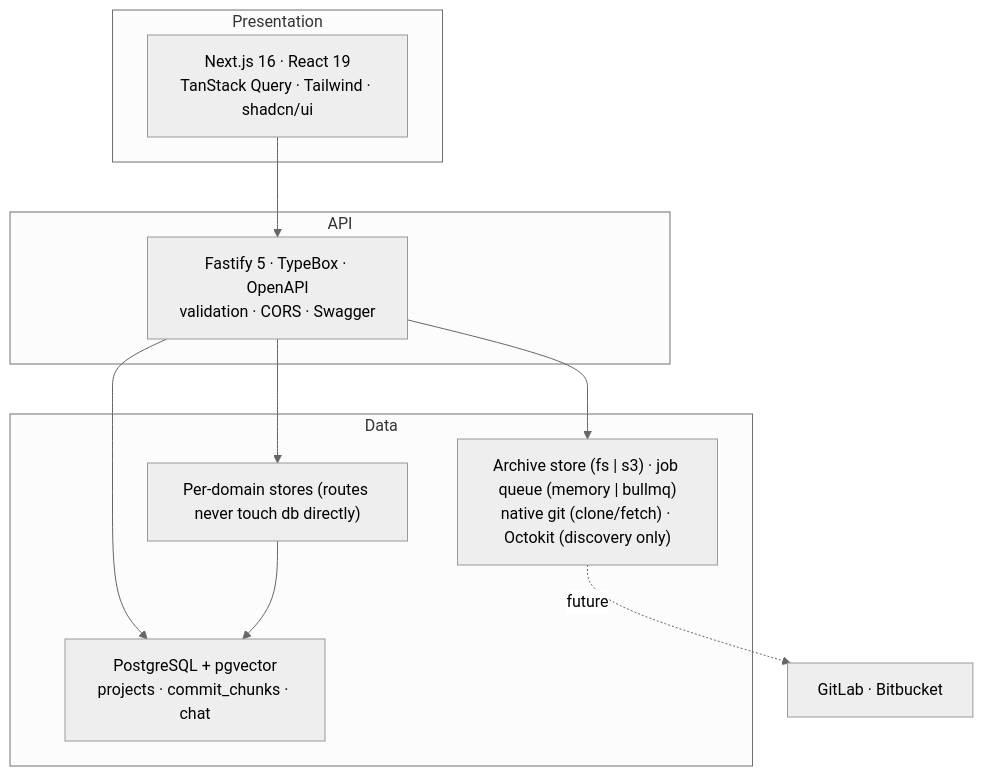
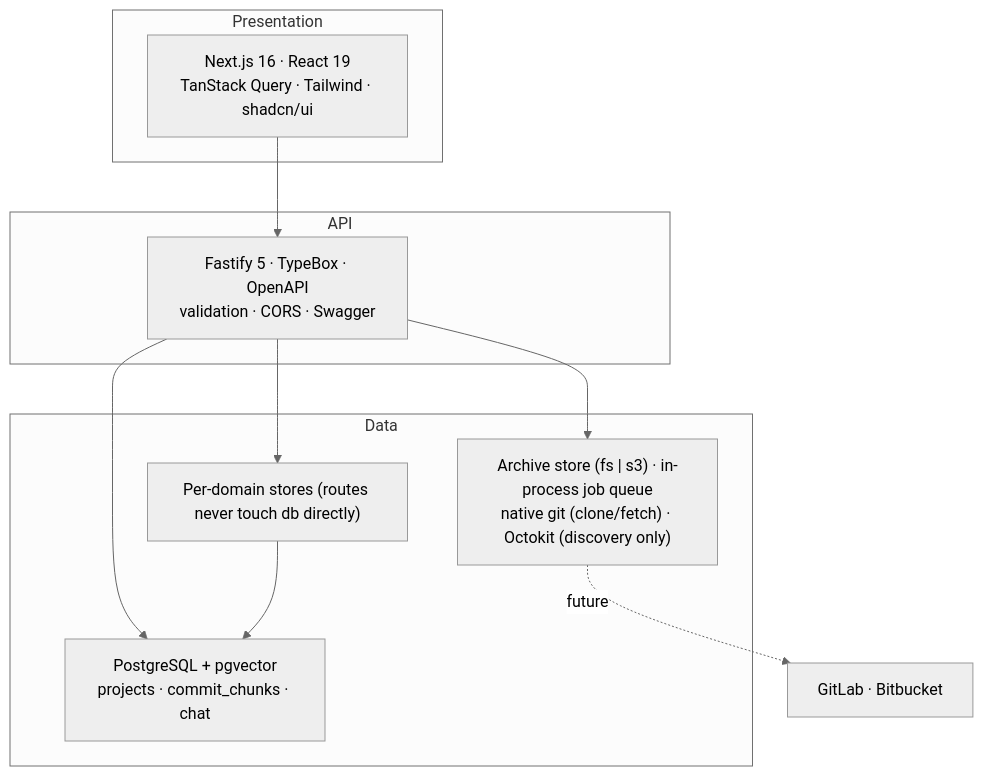
Before and after one commit to franciscoluna-28/Scrapecat: the first of 3 diagrams in docs/architecture.md, drawn with Mermaid (neutral theme). The commit also changed other lines of this file and 11 other files, not shown here.

First line of the commit message:
refactor: drop redis-backed job queue for the in-process memory queue

````diff
--- a/docs/architecture.md
+++ b/docs/architecture.md
@@ -9,18 +9,18 @@
 ```mermaid
 flowchart TB
     subgraph P["Presentation"]
         FE["Next.js 16 · React 19<br/>TanStack Query · Tailwind · shadcn/ui"]
     end
     subgraph A["API"]
         API["Fastify 5 · TypeBox · OpenAPI<br/>validation · CORS · Swagger"]
     end
     subgraph D["Data"]
         PG["PostgreSQL + pgvector<br/>projects · commit_chunks · chat"]
         STORE["Per-domain stores (routes never touch db directly)"]
-        INFRA["Archive store (fs | s3) · job queue (memory | bullmq)<br/>native git (clone/fetch) · Octokit (discovery only)"]
+        INFRA["Archive store (fs | s3) · in-process job queue<br/>native git (clone/fetch) · Octokit (discovery only)"]
     end
     FE --> API --> PG
     API --> STORE --> PG
     API --> INFRA
     INFRA -.->|future| EXT["GitLab · Bitbucket"]
 ```
````
